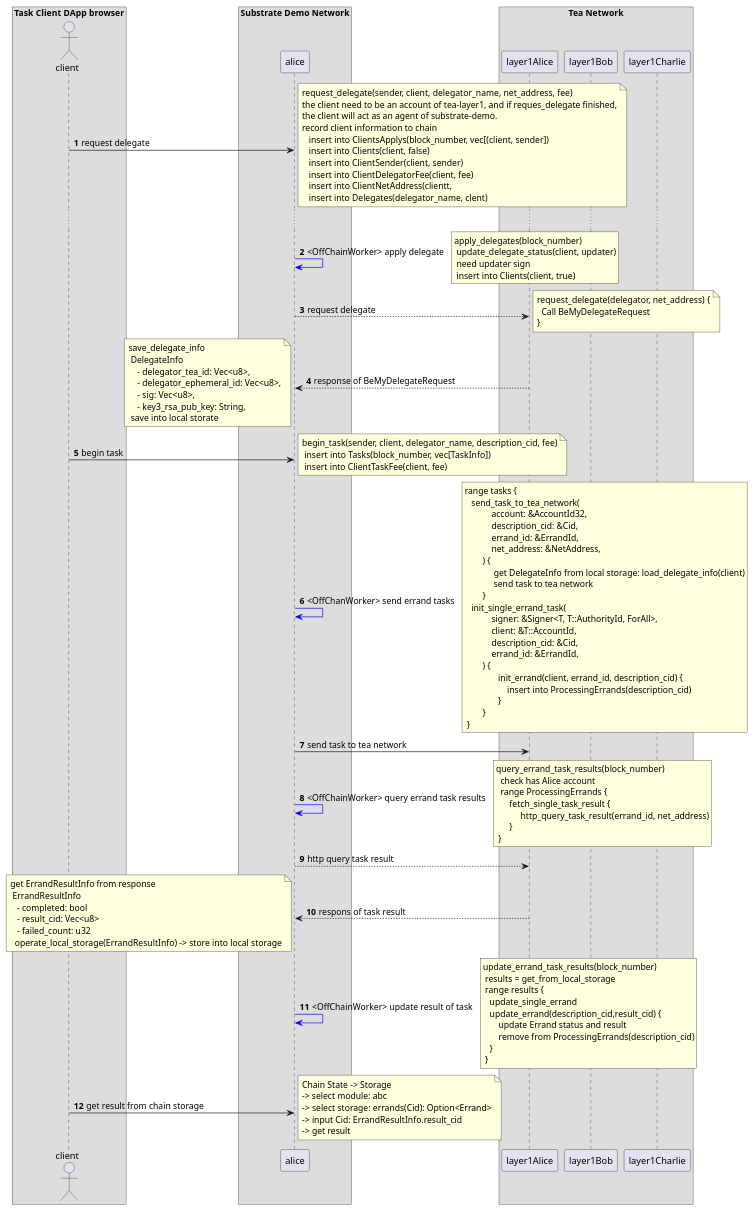
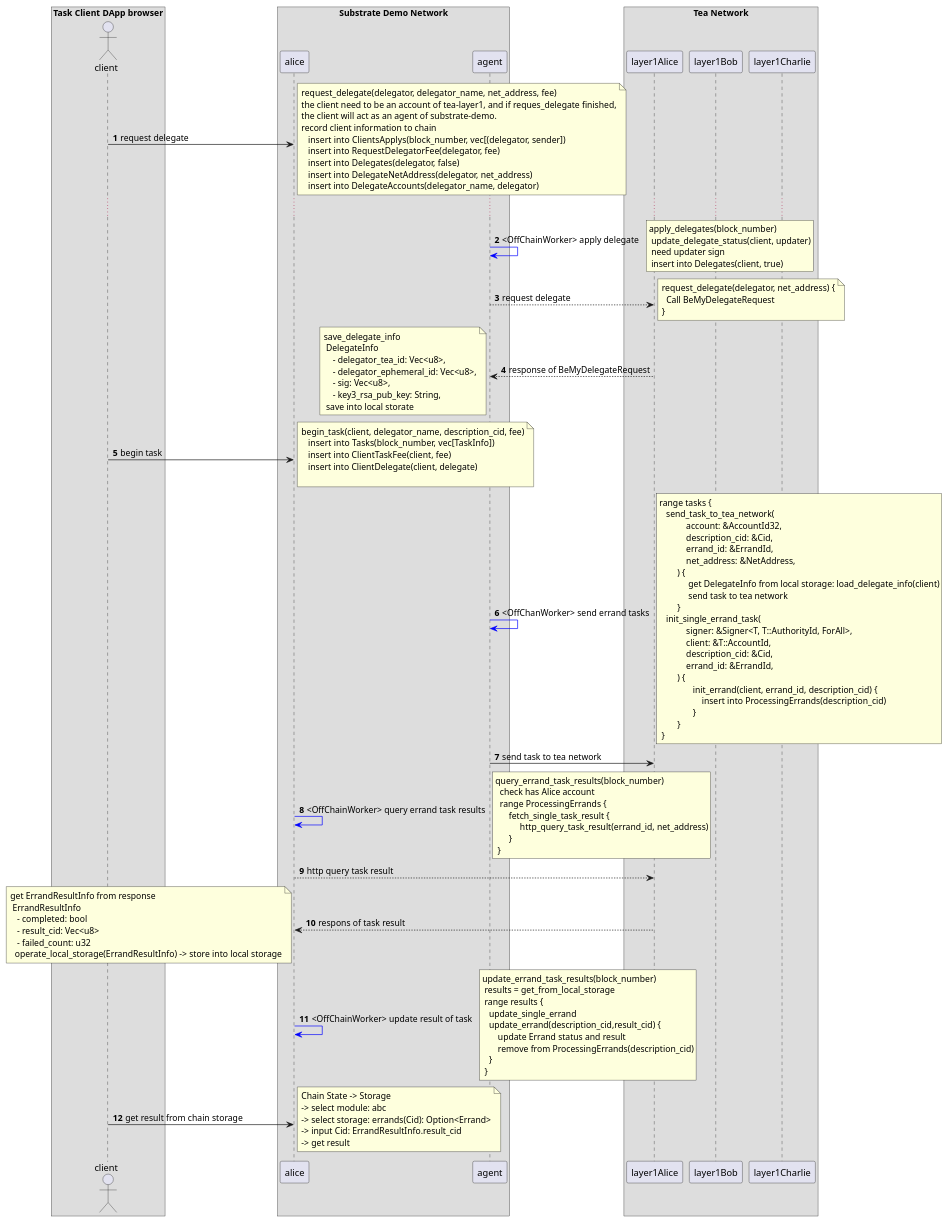
The diagram in Try_the_demo/Run_task_on_other_blockchain_sequence.md (tearust/tea-docs), drawn with PlantUML before and after one commit. The commit also changed 3 other files, not shown here.

Commit message:
remove the sender of request-delegate and begin-task

```diff
--- a/Try_the_demo/Run_task_on_other_blockchain_sequence.md
+++ b/Try_the_demo/Run_task_on_other_blockchain_sequence.md
@@ -8,6 +8,7 @@
 
 box Substrate Demo Network 
 participant alice
+participant agent
 end box
 
 box  Tea Network
@@ -18,36 +19,35 @@
 
 client->alice: request delegate
 note right
-request_delegate(sender, client, delegator_name, net_address, fee)
+request_delegate(delegator, delegator_name, net_address, fee)
 the client need to be an account of tea-layer1, and if reques_delegate finished,
 the client will act as an agent of substrate-demo.
 record client information to chain
-   insert into ClientsApplys(block_number, vec[(client, sender])
-   insert into Clients(client, false)
-   insert into ClientSender(client, sender)
-   insert into ClientDelegatorFee(client, fee)
-   insert into ClientNetAddress(clientt, 
-   insert into Delegates(delegator_name, clent)
+   insert into ClientsApplys(block_number, vec[(delegator, sender])
+   insert into RequestDelegatorFee(delegator, fee)
+   insert into Delegates(delegator, false)
+   insert into DelegateNetAddress(delegator, net_address)
+   insert into DelegateAccounts(delegator_name, delegator)
 end note
 
 ...
 
-alice-[#blue]>alice: <OffChainWorker> apply delegate
+agent-[#blue]>agent: <OffChainWorker> apply delegate
 rnote right
 apply_delegates(block_number)
  update_delegate_status(client, updater)
  need updater sign 
- insert into Clients(client, true)
+ insert into Delegates(client, true)
 end note
 
-alice-->layer1Alice: request delegate
+agent-->layer1Alice: request delegate
 note right
  request_delegate(delegator, net_address) {
    Call BeMyDelegateRequest
  }
 end note
 
-layer1Alice-->alice: response of BeMyDelegateRequest
+layer1Alice-->agent: response of BeMyDelegateRequest
 note left
 save_delegate_info 
  DelegateInfo 
@@ -60,12 +60,14 @@
 
 client->alice: begin task
 note right
-begin_task(sender, client, delegator_name, description_cid, fee)
- insert into Tasks(block_number, vec[TaskInfo])
- insert into ClientTaskFee(client, fee)
+begin_task(client, delegator_name, description_cid, fee)
+   insert into Tasks(block_number, vec[TaskInfo])
+   insert into ClientTaskFee(client, fee)
+   insert into ClientDelegate(client, delegate)
+
 end note
 
-alice-[#blue]>alice:<OffChanWorker> send errand tasks
+agent-[#blue]>agent:<OffChanWorker> send errand tasks
 rnote right
 range tasks {
    send_task_to_tea_network(
@@ -90,7 +92,8 @@
  }
 end note
 
-alice->layer1Alice: send task to tea network
+agent->layer1Alice: send task to tea network
+
 alice-[#blue]>alice:<OffChainWorker> query errand task results
 rnote right
 query_errand_task_results(block_number)
```
